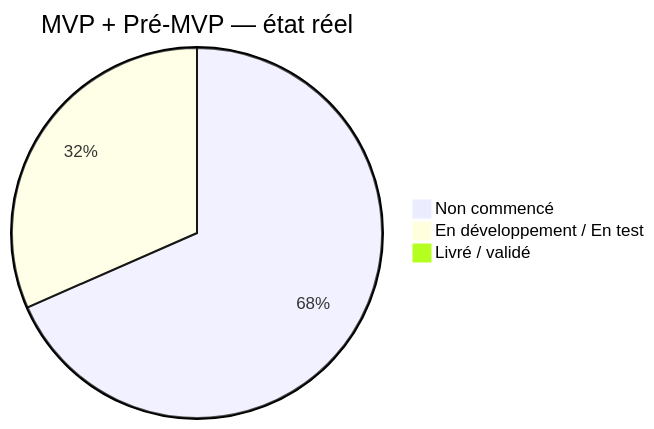
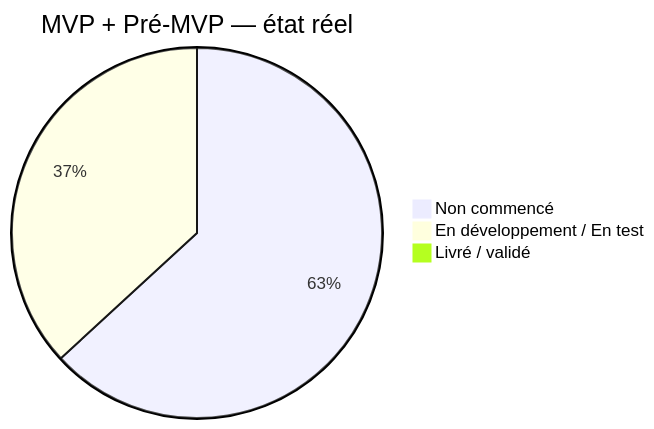
Before and after one commit to JavaChrist/Tai-Chi-AI-Coach: the first of 5 diagrams in docs/runtime/02_FEATURE_STATUS.md, drawn with Mermaid. The commit also changed other lines of this file and 39 other files, not shown here.

First line of the commit message:
feat(onboarding): add local guided onboarding flow

````diff
--- a/docs/runtime/02_FEATURE_STATUS.md
+++ b/docs/runtime/02_FEATURE_STATUS.md
@@ -115,6 +116,6 @@
 ```mermaid
 pie title MVP + Pré-MVP — état réel
-  "Non commencé" : 13
-  "En développement / En test" : 6
+  "Non commencé" : 12
+  "En développement / En test" : 7
   "Livré / validé" : 0
 ```
````
